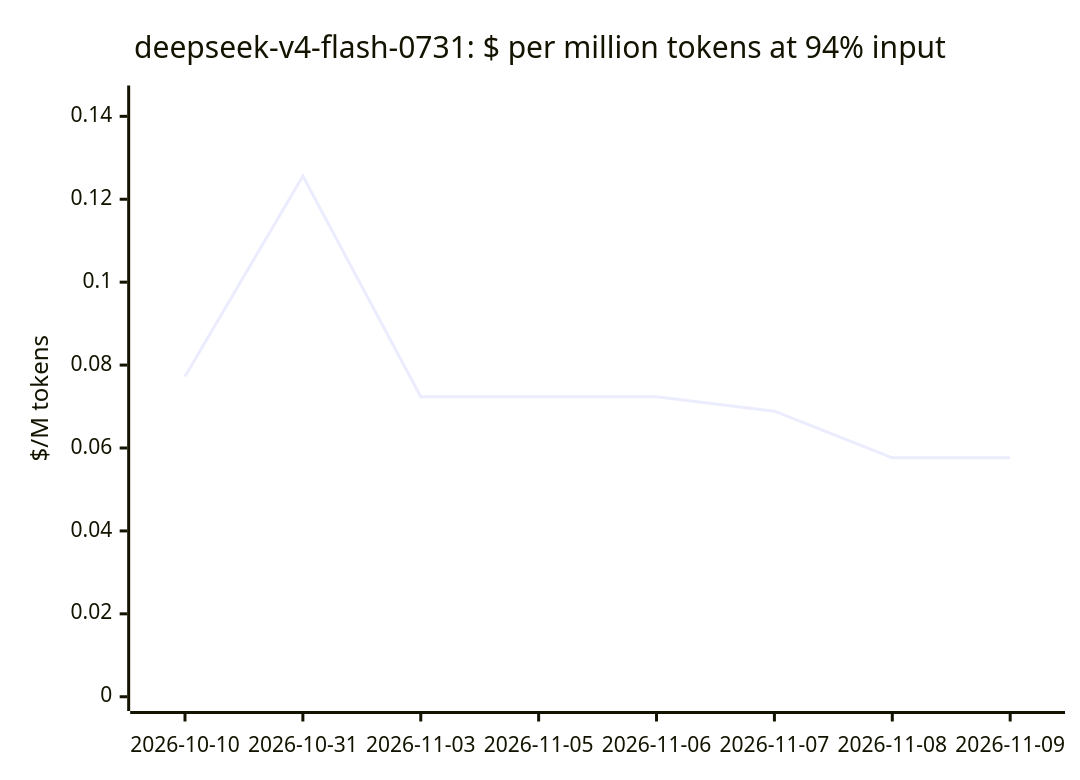
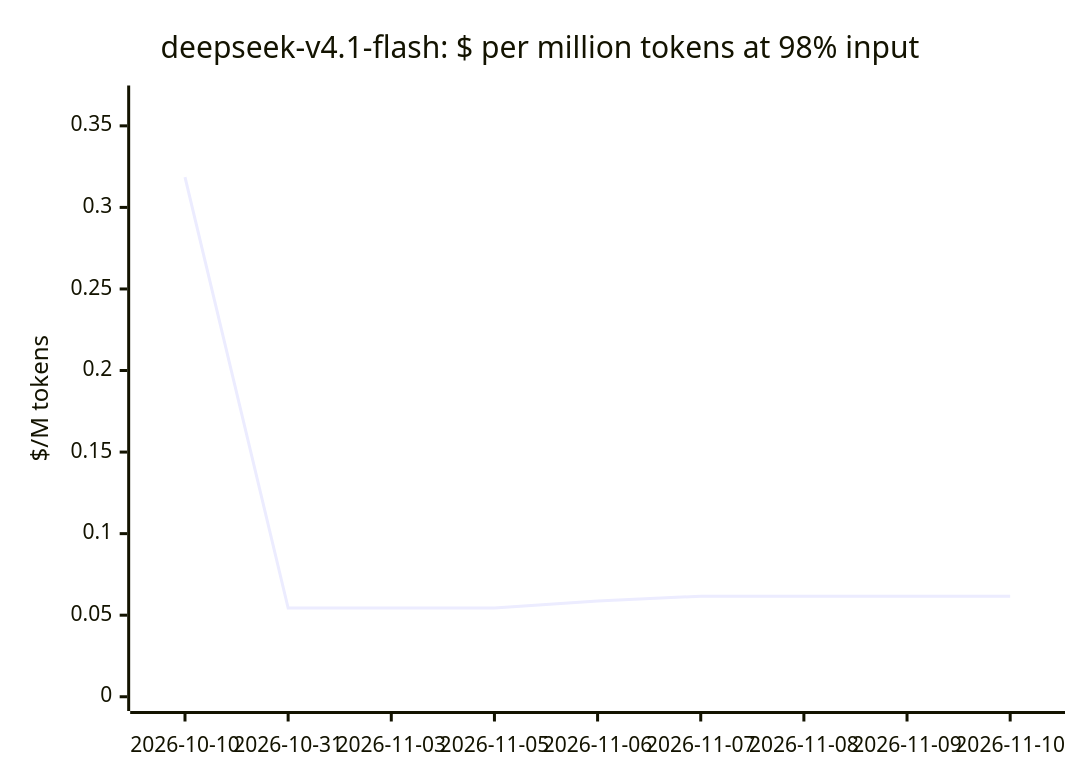
One commit to cklukas/OMEGA_TRANSFORM changed the eighth of 19 diagrams in docs/openrouter-models.md. Above: the diagram before and after it, drawn with Mermaid. The commit also changed other lines of this file and 49 other files, not shown here.

````diff
--- a/docs/openrouter-models.md
+++ b/docs/openrouter-models.md
@@ -202,7 +200,7 @@
 ```mermaid
 xychart-beta
-    title "deepseek-v4-flash-0731: $ per million tokens at 94% input"
-    x-axis ["2026-10-10", "2026-10-31", "2026-11-03", "2026-11-05", "2026-11-06", "2026-11-07", "2026-11-08", "2026-11-09"]
-    y-axis "$/M tokens" 0 --> 0.144
-    line [0.07726, 0.1256, 0.07237, 0.07237, 0.07237, 0.06888, 0.05764, 0.05764]
+    title "deepseek-v4.1-flash: $ per million tokens at 98% input"
+    x-axis ["2026-10-10", "2026-10-31", "2026-11-03", "2026-11-05", "2026-11-06", "2026-11-07", "2026-11-08", "2026-11-09", "2026-11-10"]
+    y-axis "$/M tokens" 0 --> 0.366
+    line [0.3186, 0.0544, 0.0544, 0.0544, 0.05876, 0.06166, 0.06166, 0.06166, 0.06166]
 ```
````
